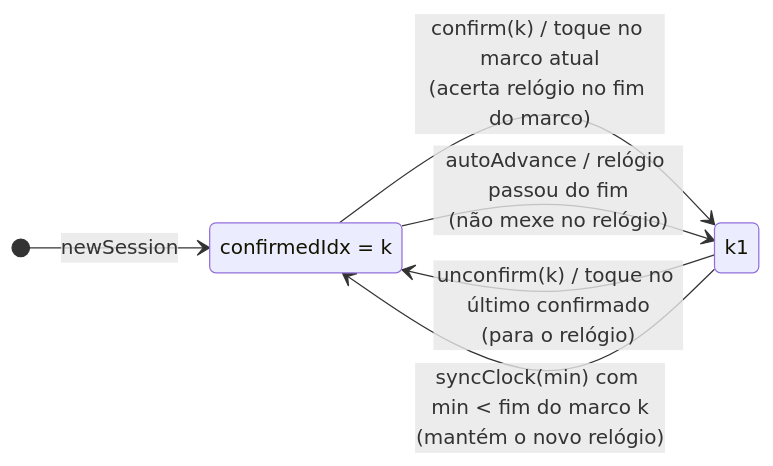
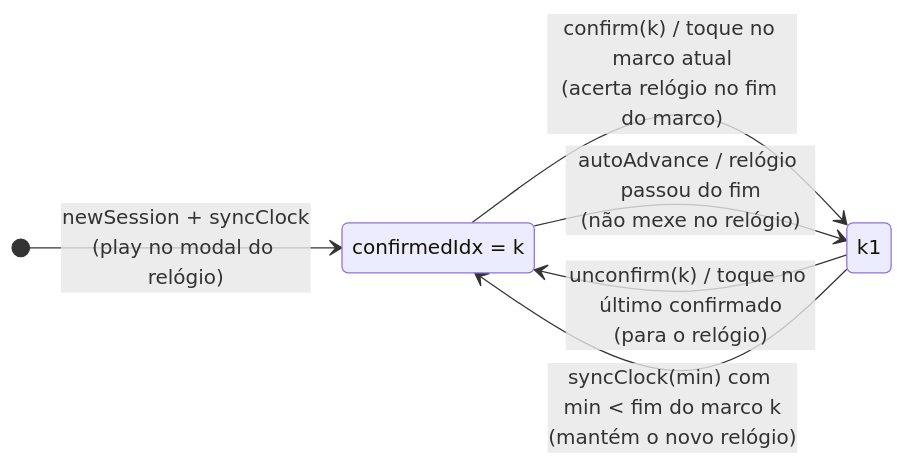
Before and after one commit to altair-sossai/calorie-burn: the diagram in docs/wiki/03-dominio.md, drawn with Mermaid. The commit also changed other lines of this file and 47 other files, not shown here.

````diff
--- a/docs/wiki/03-dominio.md
+++ b/docs/wiki/03-dominio.md
@@ -78,10 +80,10 @@
 ```mermaid
 stateDiagram-v2
   direction LR
-  [*] --> k0: newSession
+  [*] --> k0: newSession + syncClock<br/>(play no modal do relógio)
   k0: confirmedIdx = k
   k0 --> k1: confirm(k) / toque no marco atual<br/>(acerta relógio no fim do marco)
   k0 --> k1: autoAdvance / relógio passou do fim<br/>(não mexe no relógio)
   k1 --> k0: unconfirm(k) / toque no último confirmado<br/>(para o relógio)
   k1 --> k0: syncClock(min) com min < fim do marco k<br/>(mantém o novo relógio)
 ```
````
